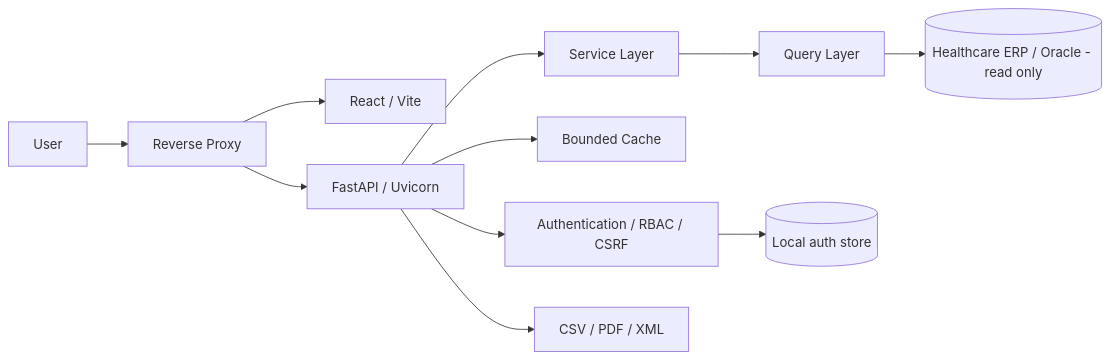
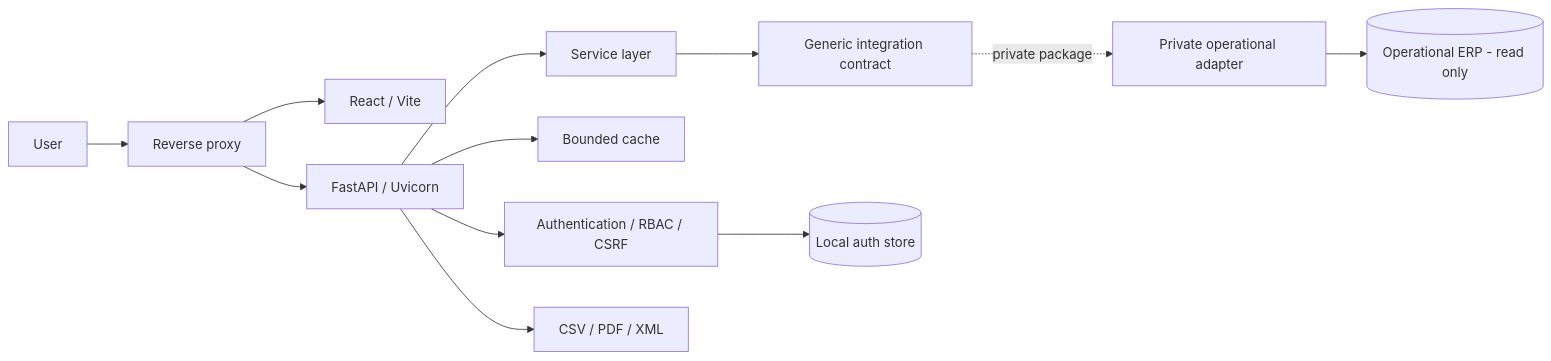
One commit to viniciusvilaverd-22/oncology-management-dashboard changed the diagram in docs/SYSTEM_GUIDE.md. Above: the diagram before and after it, drawn with Mermaid. The commit also changed other lines of this file and 7 other files, not shown here.

Commit message:
docs: align public portfolio with adapter architecture

````diff
--- a/docs/SYSTEM_GUIDE.md
+++ b/docs/SYSTEM_GUIDE.md
@@ -280,13 +184,14 @@
 ```mermaid
 flowchart LR
-    U[User] --> P[Reverse Proxy]
+    U[User] --> P[Reverse proxy]
     P --> F[React / Vite]
     P --> A[FastAPI / Uvicorn]
     A --> AUTH[Authentication / RBAC / CSRF]
-    A --> CACHE[Bounded Cache]
-    A --> S[Service Layer]
-    S --> Q[Query Layer]
-    Q --> ERP[(Healthcare ERP / Oracle - read only)]
+    A --> CACHE[Bounded cache]
+    A --> S[Service layer]
+    S --> C[Generic integration contract]
+    C -. private package .-> ADAPTER[Private operational adapter]
+    ADAPTER --> ERP[(Operational ERP - read only)]
     A --> EXP[CSV / PDF / XML]
     AUTH --> LOCAL[(Local auth store)]
 ```
````
